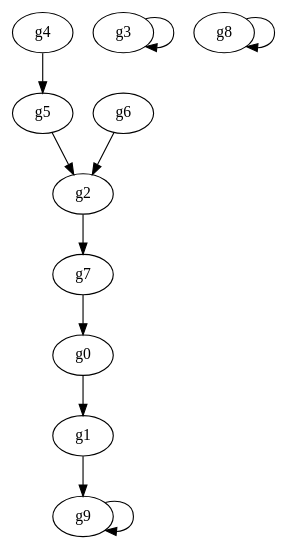
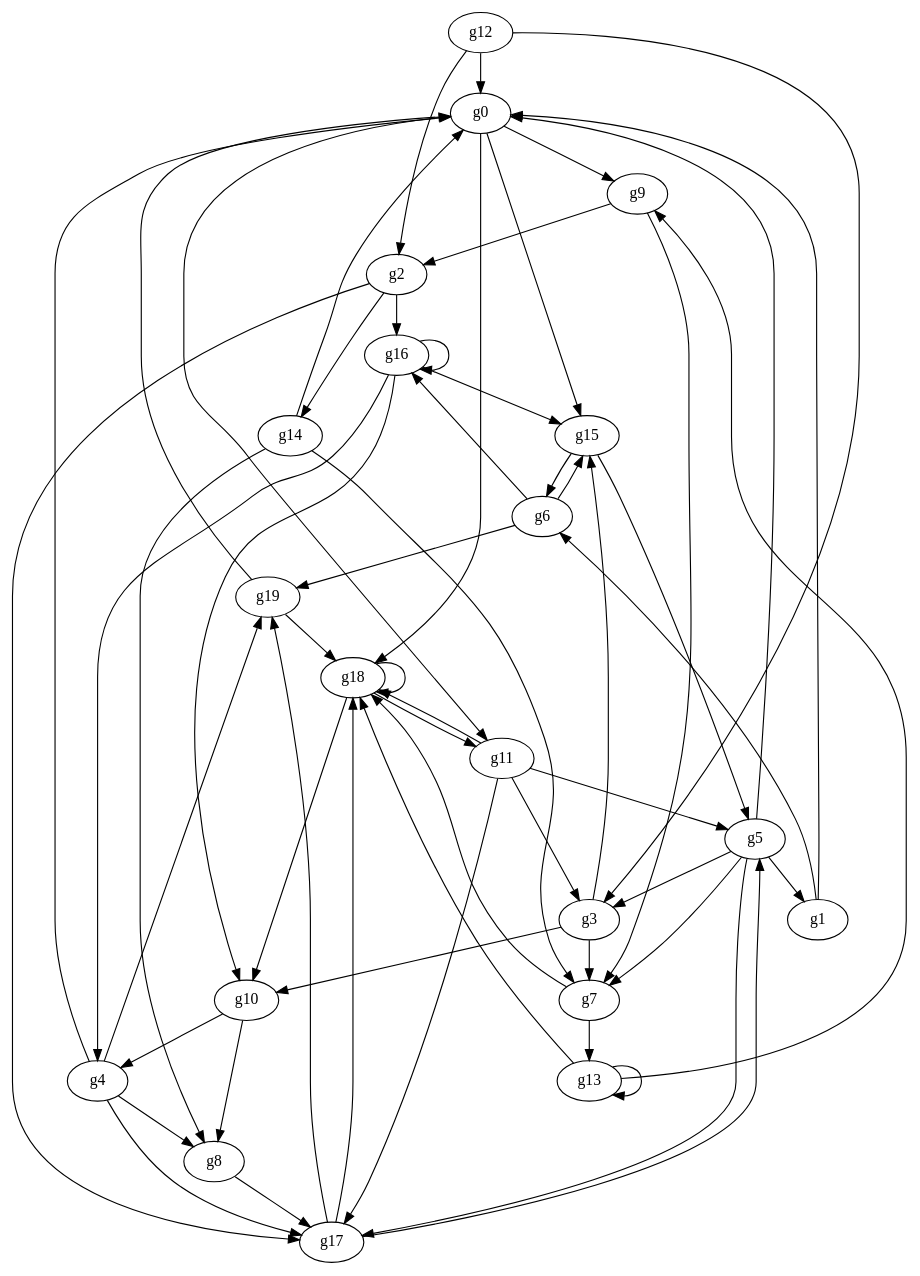
Before and after one commit to zepinto/aamas: the diagram in aamas-ge/stat/1.dot, drawn with Graphviz. The commit also changed 4 other files, not shown here.

```diff
--- a/aamas-ge/stat/1.dot
+++ b/aamas-ge/stat/1.dot
@@ -1,23 +1,119 @@
 digraph "g" {
 
-g0->g1
+g0->g9
 
-g1->g9
+g0->g11
 
-g2->g7
+g0->g18
 
-g3->g3
+g0->g15
 
-g4->g5
+g1->g0
 
-g5->g2
+g1->g6
 
-g6->g2
+g2->g16
 
-g7->g0
+g2->g17
 
-g8->g8
+g2->g14
 
-g9->g9
+g3->g7
+
+g3->g10
+
+g3->g15
+
+g4->g8
+
+g4->g17
+
+g4->g0
+
+g4->g19
+
+g5->g7
+
+g5->g17
+
+g5->g1
+
+g5->g0
+
+g5->g3
+
+g6->g16
+
+g6->g19
+
+g6->g15
+
+g7->g18
+
+g7->g13
+
+g8->g17
+
+g9->g7
+
+g9->g2
+
+g10->g8
+
+g10->g4
+
+g11->g17
+
+g11->g18
+
+g11->g5
+
+g11->g3
+
+g12->g2
+
+g12->g0
+
+g12->g3
+
+g13->g9
+
+g13->g18
+
+g13->g13
+
+g14->g7
+
+g14->g8
+
+g14->g0
+
+g15->g6
+
+g15->g5
+
+g16->g10
+
+g16->g16
+
+g16->g4
+
+g16->g15
+
+g17->g18
+
+g17->g19
+
+g17->g5
+
+g18->g10
+
+g18->g11
+
+g18->g18
+
+g19->g0
+
+g19->g18
 
 }
```
